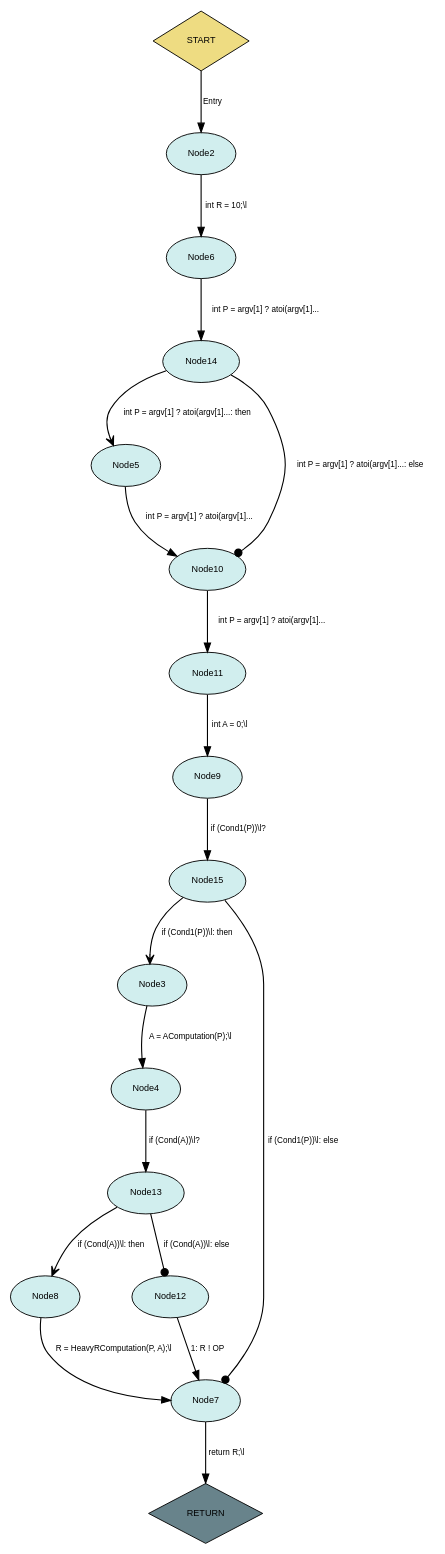
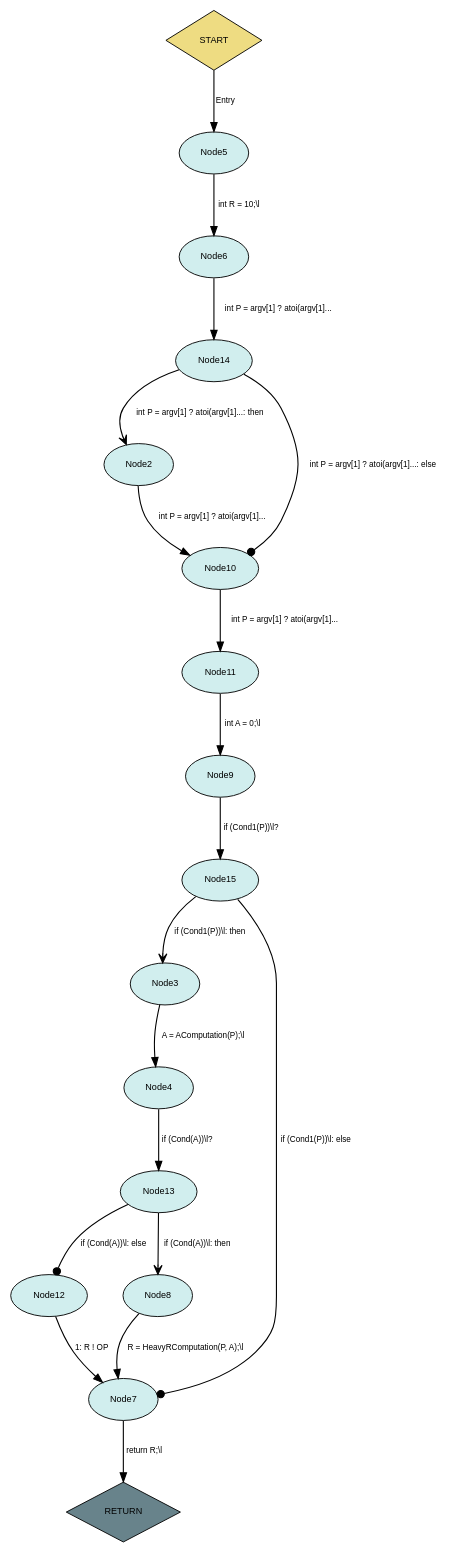
One commit to FelicitasGarcia/MimicryMonitor changed the diagram in exampleFiles/dots/llvmBasedResults/OP_CFG_DOT.dot. Above: the diagram before and after it, drawn with Graphviz. The commit also changed 21 other files, not shown here.

```diff
--- a/exampleFiles/dots/llvmBasedResults/OP_CFG_DOT.dot
+++ b/exampleFiles/dots/llvmBasedResults/OP_CFG_DOT.dot
@@ -1,44 +1,44 @@
 digraph CFG {
   rankdir=TB; // Top to bottom layout
   rank=min;
   nodesep=0.5; // Increase node separation
   ranksep=0.8; // Increase rank separation
 edge [curvature=0.3];  node [fontname="Helvetica", fontsize=10];
   edge [fontname="Helvetica", fontsize=9];
 
   0 [label="START", style=filled, fillcolor="lightgoldenrod2", shape=diamond, margin="0.15,0.15"];
   1 [label="RETURN", style=filled, fillcolor="lightblue4", shape=diamond, margin="0.15,0.15"];
   2 [label="Node2", style=filled, fillcolor="lightcyan2", shape=ellipse, margin="0.15,0.15"];
   13 [label="Node13", style=filled, fillcolor="lightcyan2", shape=ellipse, margin="0.15,0.15"];
   3 [label="Node3", style=filled, fillcolor="lightcyan2", shape=ellipse, margin="0.15,0.15"];
   4 [label="Node4", style=filled, fillcolor="lightcyan2", shape=ellipse, margin="0.15,0.15"];
   5 [label="Node5", style=filled, fillcolor="lightcyan2", shape=ellipse, margin="0.15,0.15"];
+  12 [label="Node12", style=filled, fillcolor="lightcyan2", shape=ellipse, margin="0.15,0.15"];
   6 [label="Node6", style=filled, fillcolor="lightcyan2", shape=ellipse, margin="0.15,0.15"];
   7 [label="Node7", style=filled, fillcolor="lightcyan2", shape=ellipse, margin="0.15,0.15"];
   8 [label="Node8", style=filled, fillcolor="lightcyan2", shape=ellipse, margin="0.15,0.15"];
+  15 [label="Node15", style=filled, fillcolor="lightcyan2", shape=ellipse, margin="0.15,0.15"];
   11 [label="Node11", style=filled, fillcolor="lightcyan2", shape=ellipse, margin="0.15,0.15"];
-  12 [label="Node12", style=filled, fillcolor="lightcyan2", shape=ellipse, margin="0.15,0.15"];
   14 [label="Node14", style=filled, fillcolor="lightcyan2", shape=ellipse, margin="0.15,0.15"];
   9 [label="Node9", style=filled, fillcolor="lightcyan2", shape=ellipse, margin="0.15,0.15"];
-  15 [label="Node15", style=filled, fillcolor="lightcyan2", shape=ellipse, margin="0.15,0.15"];
   10 [label="Node10", style=filled, fillcolor="lightcyan2", shape=ellipse, margin="0.15,0.15"];
 
   7 -> 1 [label="return R;\\l", id=33, arrowhead=normal, penwidth=1.2];
-  0 -> 2 [label="Entry", id=19, arrowhead=normal, penwidth=1.2];
-  2 -> 6 [label="int R = 10;\\l", id=19, arrowhead=normal, penwidth=1.2];
+  0 -> 5 [label="Entry", id=19, arrowhead=normal, penwidth=1.2];
+  5 -> 6 [label="int R = 10;\\l", id=19, arrowhead=normal, penwidth=1.2];
   10 -> 11 [label="int P = argv[1] ? atoi(argv[1]...", id=20, arrowhead=normal, penwidth=1.2];
   6 -> 14 [label="int P = argv[1] ? atoi(argv[1]...", id=20, arrowhead=normal, penwidth=1.2];
-  14 -> 5 [label="int P = argv[1] ? atoi(argv[1]...: then", id=20, arrowhead=vee, penwidth=1.2];
+  14 -> 2 [label="int P = argv[1] ? atoi(argv[1]...: then", id=20, arrowhead=vee, penwidth=1.2];
   14 -> 10 [label="int P = argv[1] ? atoi(argv[1]...: else", id=20, arrowhead=dot, penwidth=1.2];
-  5 -> 10 [label="int P = argv[1] ? atoi(argv[1]...", id=20, arrowhead=normal, penwidth=1.2];
+  2 -> 10 [label="int P = argv[1] ? atoi(argv[1]...", id=20, arrowhead=normal, penwidth=1.2];
   11 -> 9 [label="int A = 0;\\l", id=21, arrowhead=normal, penwidth=1.2];
   9 -> 15 [label="if (Cond1(P))\\l?", id=24, arrowhead=normal, penwidth=1.2];
   15 -> 3 [label="if (Cond1(P))\\l: then", id=24, arrowhead=vee, penwidth=1.2];
   15 -> 7 [label="if (Cond1(P))\\l: else", id=24, arrowhead=dot, penwidth=1.2];
   3 -> 4 [label="A = AComputation(P);\\l", id=25, arrowhead=normal, penwidth=1.2];
   4 -> 13 [label="if (Cond(A))\\l?", id=26, arrowhead=normal, penwidth=1.2];
   13 -> 8 [label="if (Cond(A))\\l: then", id=26, arrowhead=vee, penwidth=1.2];
   13 -> 12 [label="if (Cond(A))\\l: else", id=26, arrowhead=dot, penwidth=1.2];
   8 -> 7 [label="R = HeavyRComputation(P, A);\\l", id=27, arrowhead=normal, penwidth=1.2];
   12 -> 7 [label="1: R ! OP", id=29, arrowhead=normal, penwidth=1.2];
 }
```
